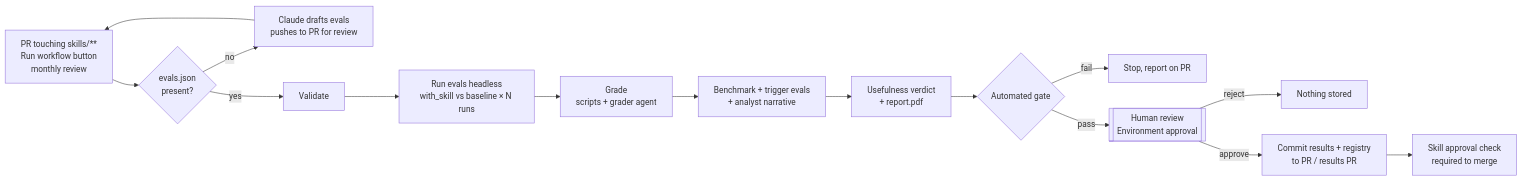
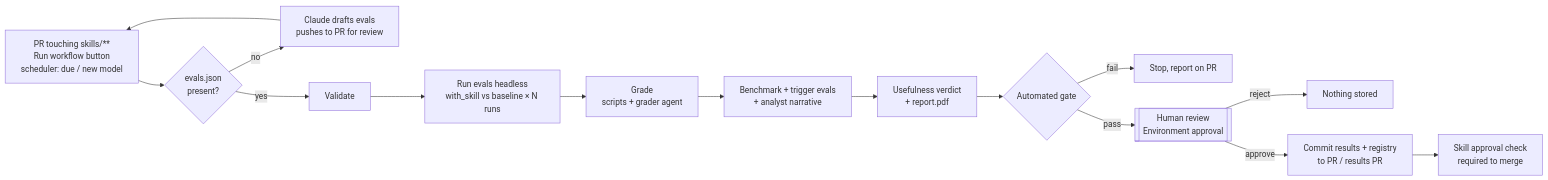
Before and after one commit to Vismay2402/Skill_evaluation_sandbox: the diagram in README.md, drawn with Mermaid. The commit also changed other lines of this file and 9 other files, not shown here.

First line of the commit message:
Model dropdown (default Sonnet 5.5), grader choice, daily scheduler with new-model alerts, manual guide

````diff
--- a/README.md
+++ b/README.md
@@ -12,16 +12,16 @@
 ```mermaid
 flowchart LR
-  A[PR touching skills/**<br/>Run workflow button<br/>monthly review] --> B{evals.json<br/>present?}
+  A[PR touching skills/**<br/>Run workflow button<br/>scheduler: due / new model] --> B{evals.json<br/>present?}
   B -- no --> C[Claude drafts evals<br/>pushes to PR for review] --> A
   B -- yes --> D[Validate]
   D --> E[Run evals headless<br/>with_skill vs baseline × N runs]
   E --> F[Grade<br/>scripts + grader agent]
   F --> G[Benchmark + trigger evals<br/>+ analyst narrative]
   G --> V[Usefulness verdict<br/>+ report.pdf]
   V --> H{Automated gate}
   H -- fail --> X[Stop, report on PR]
   H -- pass --> I[[Human review<br/>Environment approval]]
   I -- reject --> Y[Nothing stored]
   I -- approve --> J[Commit results + registry<br/>to PR / results PR]
   J --> K[Skill approval check<br/>required to merge]
 ```
````
